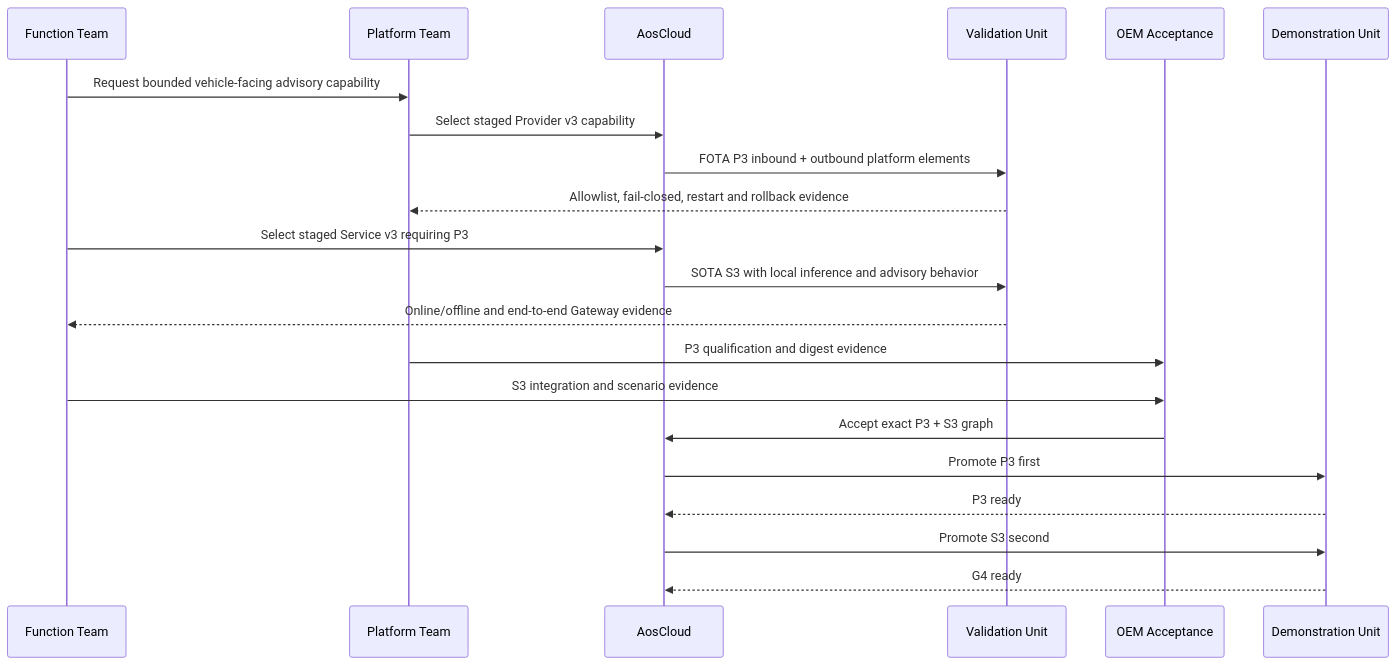
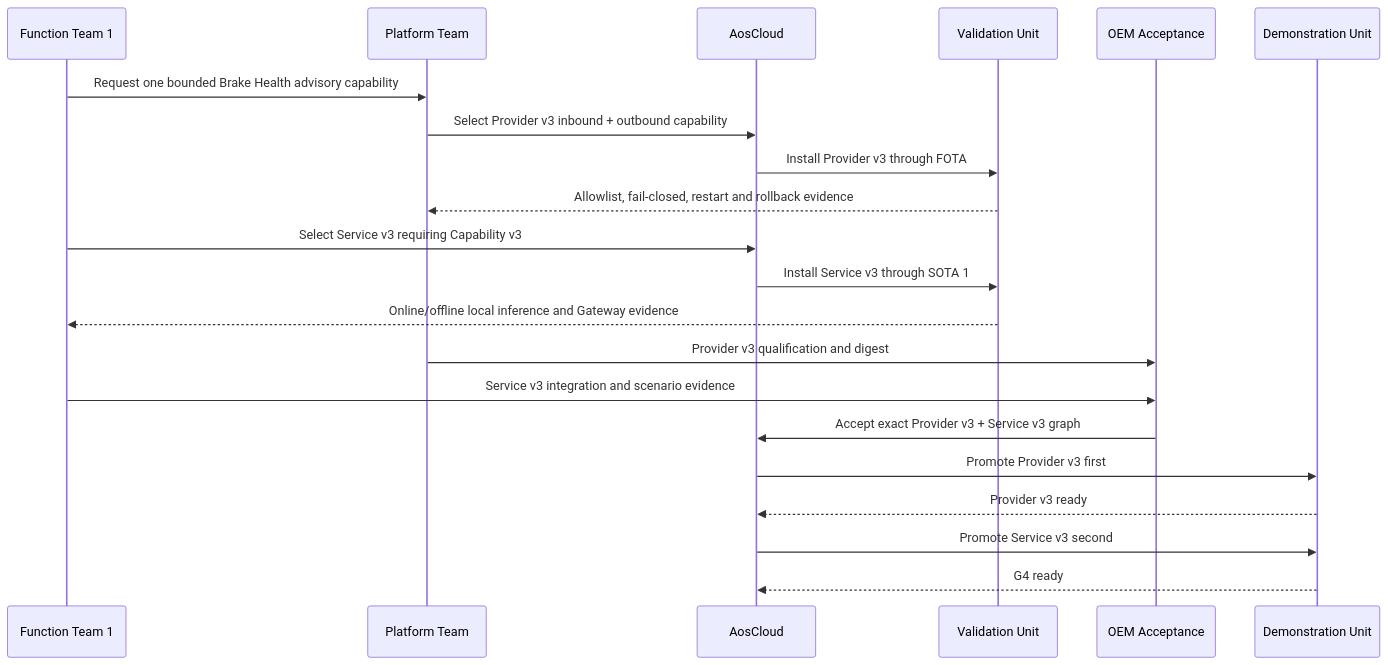
One commit to alexmaninblack/aosedge-sdv-demo changed diagram 12 of 17 in docs/architecture/demo-scenario-architecture-flows.md. Above: the diagram before and after it, drawn with Mermaid. The commit also changed other lines of this file and 51 other files, not shown here.

````diff
--- a/docs/architecture/demo-scenario-architecture-flows.md
+++ b/docs/architecture/demo-scenario-architecture-flows.md
@@ -414,24 +615,24 @@
 ```mermaid
 sequenceDiagram
-    participant FT as Function Team
+    participant FT1 as Function Team 1
     participant PT as Platform Team
     participant AC as AosCloud
     participant VU as Validation Unit
-    participant RA as OEM Acceptance
+    participant OA as OEM Acceptance
     participant DU as Demonstration Unit
 
-    FT->>PT: Request bounded vehicle-facing advisory capability
-    PT->>AC: Select staged Provider v3 capability
-    AC->>VU: FOTA P3 inbound + outbound platform elements
+    FT1->>PT: Request one bounded Brake Health advisory capability
+    PT->>AC: Select Provider v3 inbound + outbound capability
+    AC->>VU: Install Provider v3 through FOTA
     VU-->>PT: Allowlist, fail-closed, restart and rollback evidence
-    FT->>AC: Select staged Service v3 requiring P3
-    AC->>VU: SOTA S3 with local inference and advisory behavior
-    VU-->>FT: Online/offline and end-to-end Gateway evidence
-    PT->>RA: P3 qualification and digest evidence
-    FT->>RA: S3 integration and scenario evidence
-    RA->>AC: Accept exact P3 + S3 graph
-    AC->>DU: Promote P3 first
-    DU-->>AC: P3 ready
-    AC->>DU: Promote S3 second
+    FT1->>AC: Select Service v3 requiring Capability v3
+    AC->>VU: Install Service v3 through SOTA 1
+    VU-->>FT1: Online/offline local inference and Gateway evidence
+    PT->>OA: Provider v3 qualification and digest
+    FT1->>OA: Service v3 integration and scenario evidence
+    OA->>AC: Accept exact Provider v3 + Service v3 graph
+    AC->>DU: Promote Provider v3 first
+    DU-->>AC: Provider v3 ready
+    AC->>DU: Promote Service v3 second
     DU-->>AC: G4 ready
 ```
````
